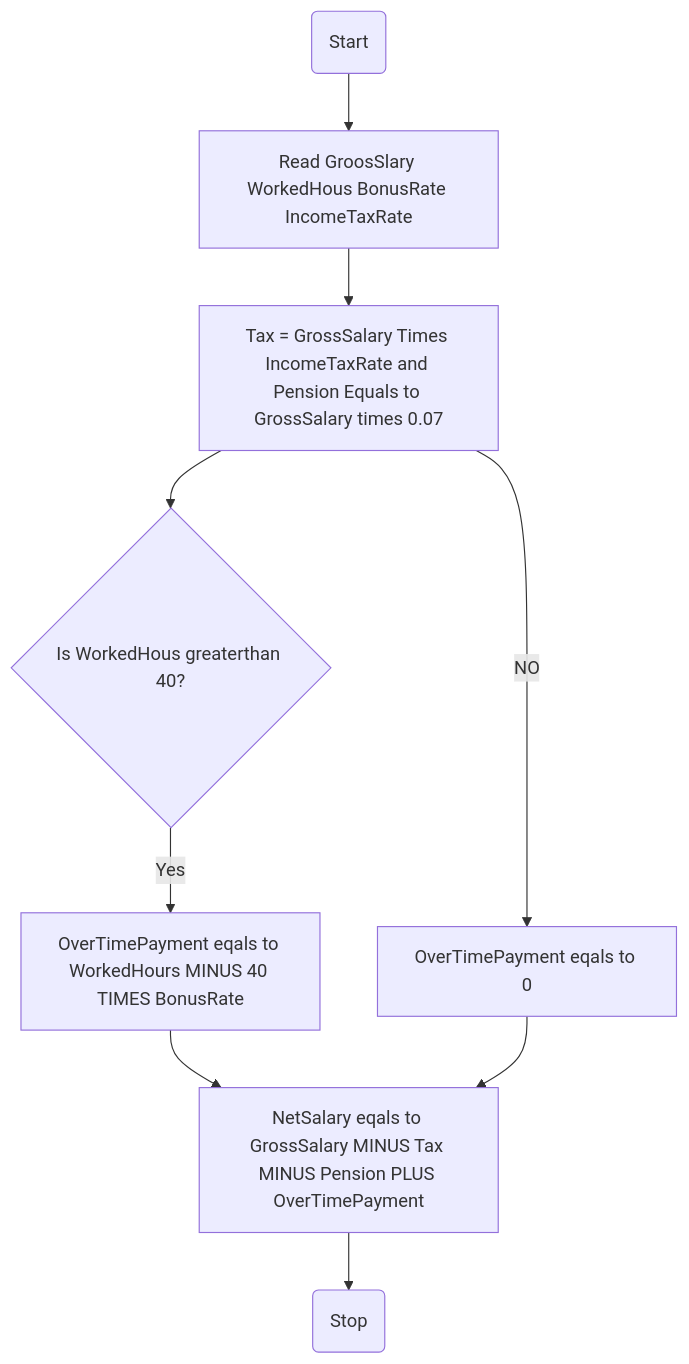
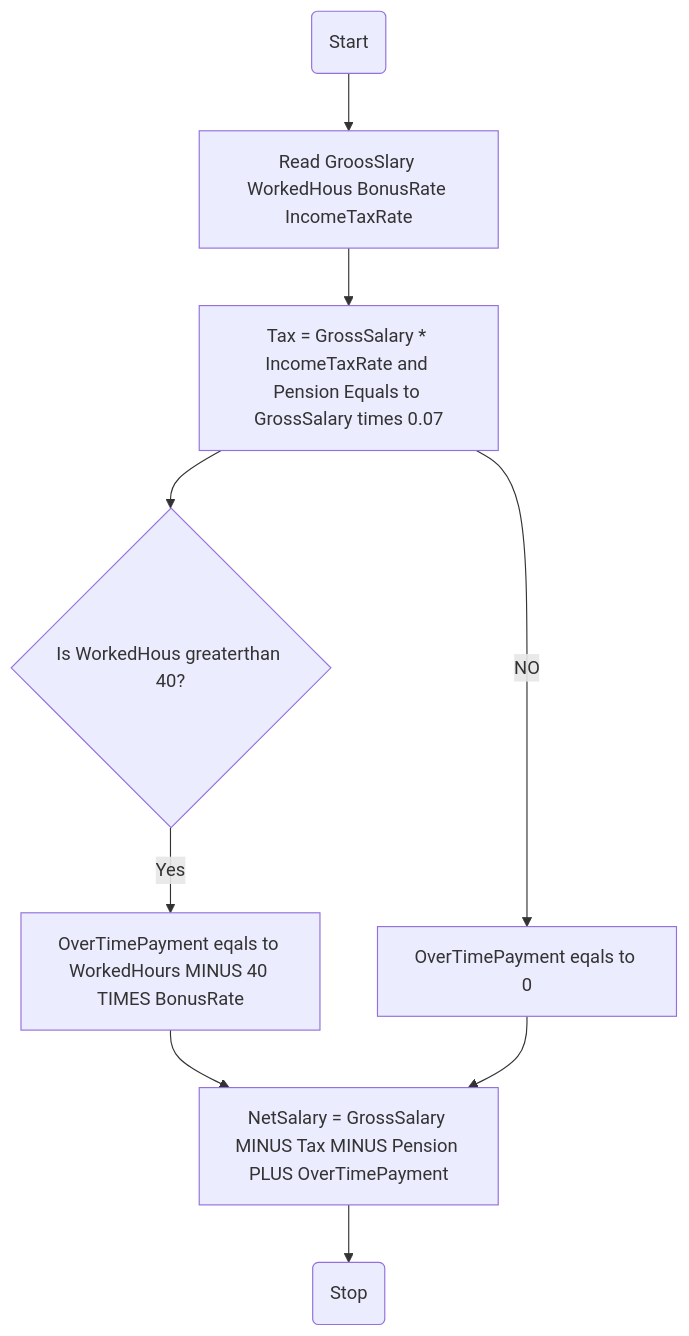
One commit to SWEG-2015EC-Batch/Code-Warrior changed the diagram in ETS1351_15_Yabets_Maregn/income_calculator/flowchart.md. Above: the diagram before and after it, drawn with Mermaid.

Commit message:
flowchart.md

````diff
--- a/ETS1351_15_Yabets_Maregn/income_calculator/flowchart.md
+++ b/ETS1351_15_Yabets_Maregn/income_calculator/flowchart.md
@@ -1,11 +1,11 @@
 ```mermaid
 graph TD;
 A(Start) --> B[Read GroosSlary WorkedHous BonusRate IncomeTaxRate]
-B --> C[Tax = GrossSalary Times IncomeTaxRate and Pension Equals to GrossSalary times 0.07]
+B --> C[Tax = GrossSalary * IncomeTaxRate and Pension Equals to GrossSalary times 0.07]
 C --> D{Is WorkedHous greaterthan 40?}
 D -- Yes --> E[OverTimePayment eqals to WorkedHours MINUS 40 TIMES BonusRate]
-E --> G[NetSalary eqals to GrossSalary MINUS Tax MINUS Pension PLUS OverTimePayment ]
+E --> G[NetSalary = GrossSalary MINUS Tax MINUS Pension PLUS OverTimePayment ]
 C -- NO --> F[OverTimePayment eqals to 0]
-F --> G[NetSalary eqals to GrossSalary MINUS Tax MINUS Pension PLUS OverTimePayment ]
+F --> G[NetSalary = GrossSalary MINUS Tax MINUS Pension PLUS OverTimePayment ]
 G --> H(Stop)
 ```
````
